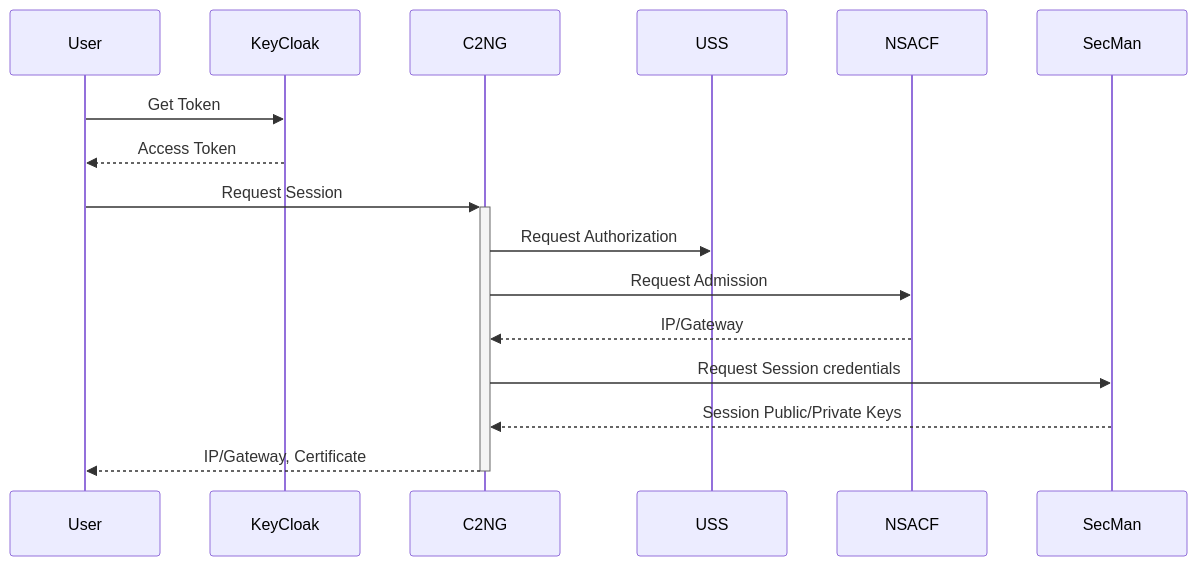
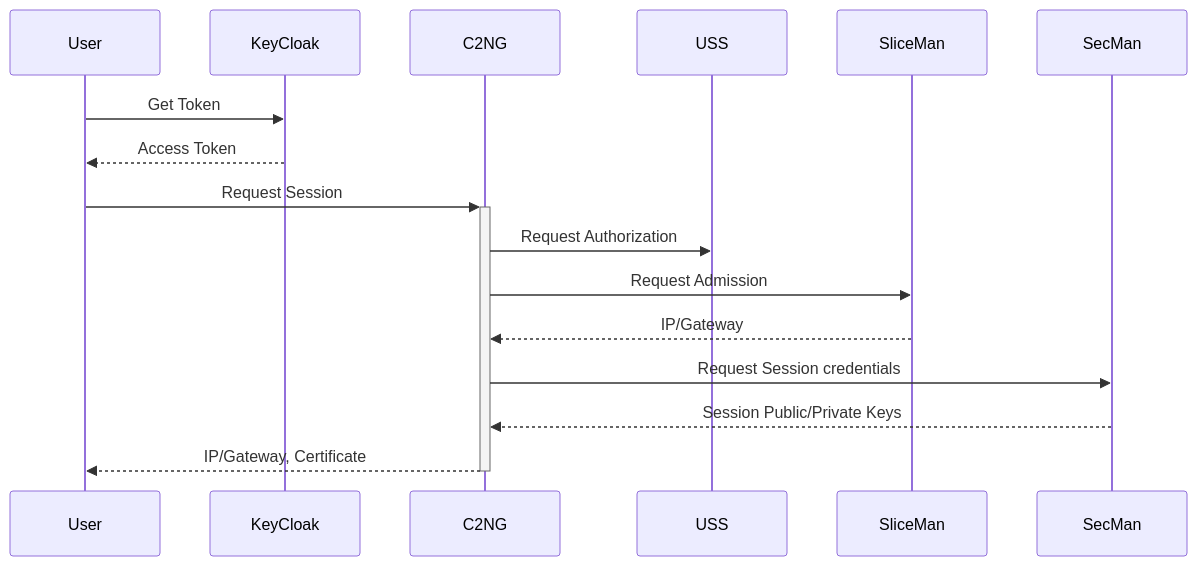
Before and after one commit to flyvercity/iot-ngin-c2ng: the fifth of 7 diagrams in docs/GENERAL.md, drawn with Mermaid. The commit also changed other lines of this file and 11 other files, not shown here.

````diff
--- a/docs/GENERAL.md
+++ b/docs/GENERAL.md
@@ -152,12 +152,12 @@
 ```mermaid
 sequenceDiagram
     User ->> KeyCloak: Get Token
     KeyCloak -->> User: Access Token
     User ->> +C2NG: Request Session
     C2NG ->> USS: Request Authorization
-    C2NG ->> NSACF: Request Admission
-    NSACF -->> C2NG: IP/Gateway
+    C2NG ->> SliceMan: Request Admission
+    SliceMan -->> C2NG: IP/Gateway
     C2NG ->> SecMan: Request Session credentials
     SecMan -->> C2NG: Session Public/Private Keys
     C2NG -->> -User: IP/Gateway, Certificate
 ```
````
